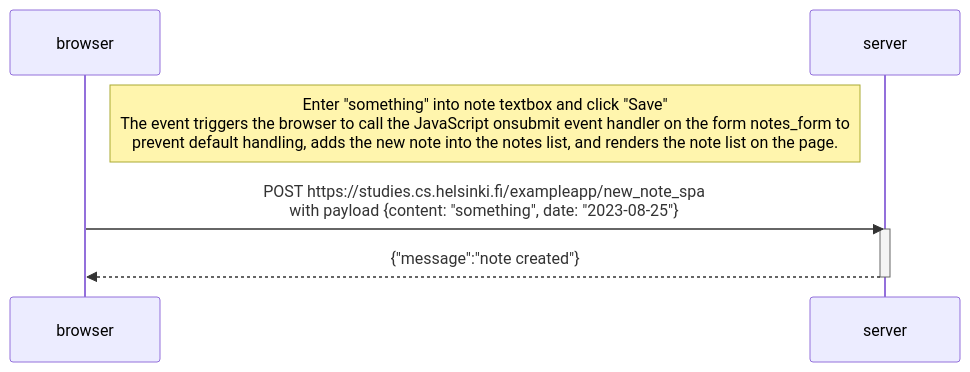
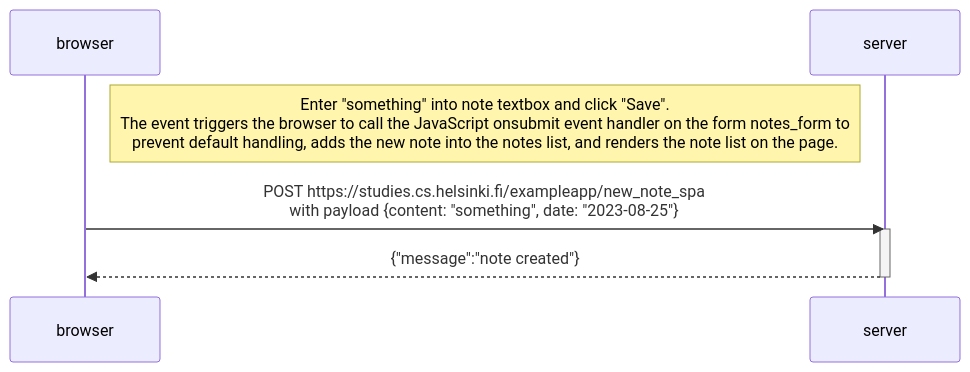
One commit to dtchoi/fullstack changed the diagram in part0/part0exercise6.md. Above: the diagram before and after it, drawn with Mermaid.

````diff
--- a/part0/part0exercise6.md
+++ b/part0/part0exercise6.md
@@ -1,12 +1,12 @@
 ```mermaid
 sequenceDiagram
     participant browser
     participant server
 
-    Note right of browser: Enter "something" into note textbox and click "Save"<br/>The event triggers the browser to call the JavaScript onsubmit event handler on the form notes_form to <br/>prevent default handling, adds the new note into the notes list, and renders the note list on the page.
+    Note right of browser: Enter "something" into note textbox and click "Save".<br/>The event triggers the browser to call the JavaScript onsubmit event handler on the form notes_form to <br/>prevent default handling, adds the new note into the notes list, and renders the note list on the page.
 
     browser->>server: POST https://studies.cs.helsinki.fi/exampleapp/new_note_spa<br/>with payload {content: "something", date: "2023-08-25"}
     activate server
     server-->>browser: {"message":"note created"}
     deactivate server
 ```
````
